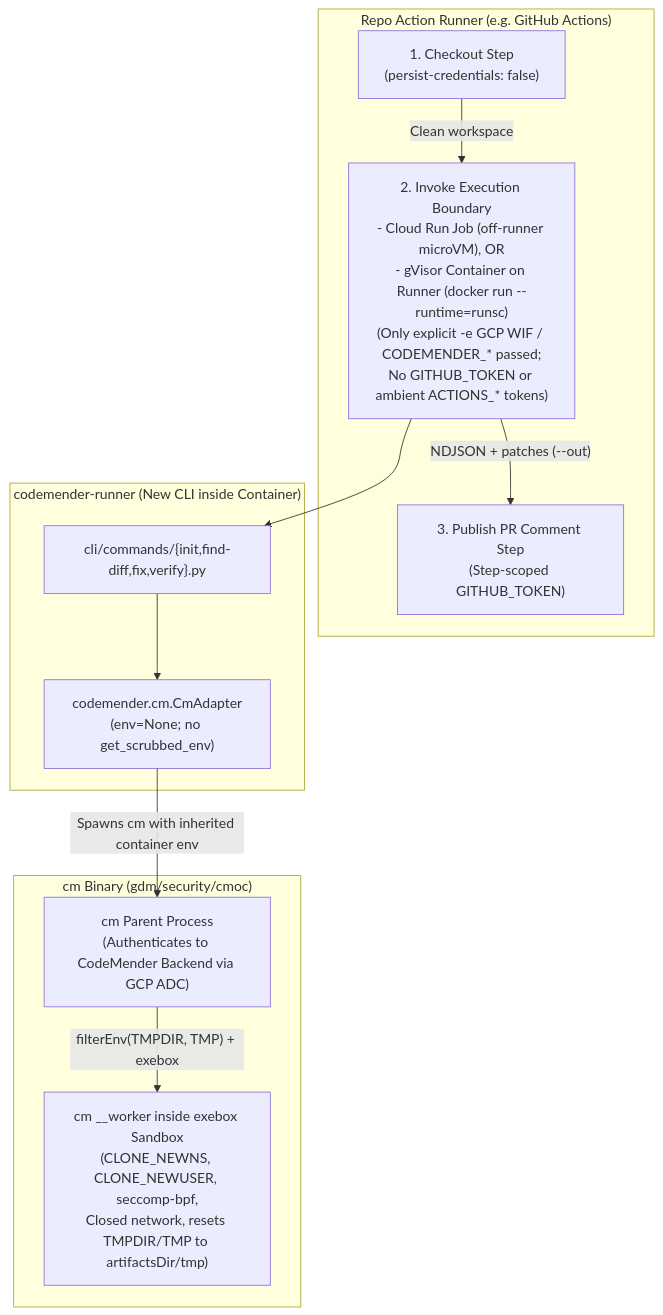
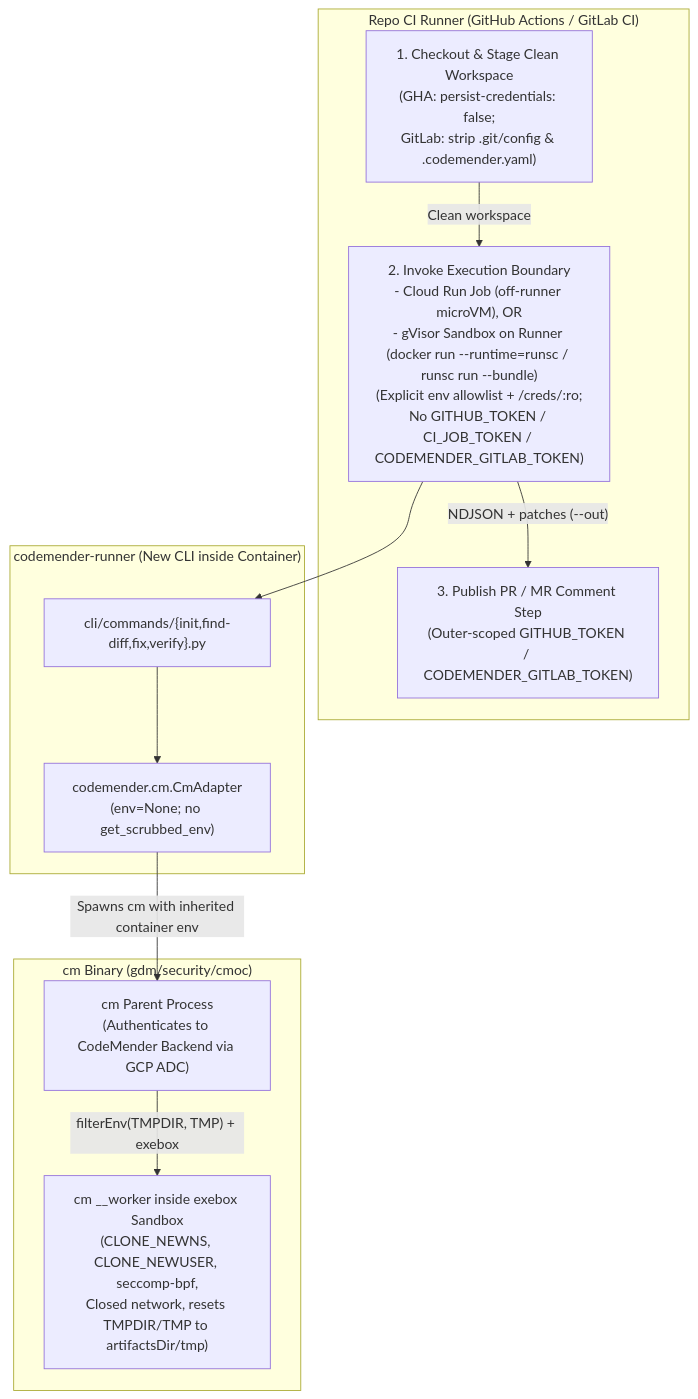
The diagram in docs/adr/ADR-0003-environment-scrubbing.md (avnit/codemender-runner-mcp), drawn with Mermaid before and after one commit. The commit also changed other lines of this file and 6 other files, not shown here.

````diff
--- a/docs/adr/ADR-0003-environment-scrubbing.md
+++ b/docs/adr/ADR-0003-environment-scrubbing.md
@@ -318,25 +322,25 @@
 ```mermaid
 flowchart TD
-    subgraph CI["Repo Action Runner (e.g. GitHub Actions)"]
-        step_checkout["1. Checkout Step\n(persist-credentials: false)"]
-        step_invoke["2. Invoke Execution Boundary\n- Cloud Run Job (off-runner microVM), OR\n- gVisor Container on Runner (docker run --runtime=runsc)\n(Only explicit -e GCP WIF / CODEMENDER_* passed;\nNo GITHUB_TOKEN or ambient ACTIONS_* tokens)"]
-        step_publish["3. Publish PR Comment Step\n(Step-scoped GITHUB_TOKEN)"]
+    subgraph CI["Repo CI Runner (GitHub Actions / GitLab CI)"]
+        step_checkout["1. Checkout & Stage Clean Workspace\n(GHA: persist-credentials: false;\nGitLab: strip .git/config & .codemender.yaml)"]
+        step_invoke["2. Invoke Execution Boundary\n- Cloud Run Job (off-runner microVM), OR\n- gVisor Sandbox on Runner (docker run --runtime=runsc / runsc run --bundle)\n(Explicit env allowlist + /creds/:ro;\nNo GITHUB_TOKEN / CI_JOB_TOKEN / CODEMENDER_GITLAB_TOKEN)"]
+        step_publish["3. Publish PR / MR Comment Step\n(Outer-scoped GITHUB_TOKEN / CODEMENDER_GITLAB_TOKEN)"]
     end
 
     subgraph Runner["codemender-runner (New CLI inside Container)"]
         cli["cli/commands/{init,find-diff,fix,verify}.py"]
         adapter["codemender.cm.CmAdapter\n(env=None; no get_scrubbed_env)"]
     end
 
     subgraph CM["cm Binary (gdm/security/cmoc)"]
         cm_parent["cm Parent Process\n(Authenticates to CodeMender Backend via GCP ADC)"]
         cm_worker["cm __worker inside exebox Sandbox\n(CLONE_NEWNS, CLONE_NEWUSER, seccomp-bpf,\nClosed network, resets TMPDIR/TMP to artifactsDir/tmp)"]
     end
 
     step_checkout -->|"Clean workspace"| step_invoke
     step_invoke --> cli
     cli --> adapter
     adapter -->|"Spawns cm with inherited container env"| cm_parent
     cm_parent -->|"filterEnv(TMPDIR, TMP) + exebox"| cm_worker
     step_invoke -->|"NDJSON + patches (--out)"| step_publish
 ```
````
